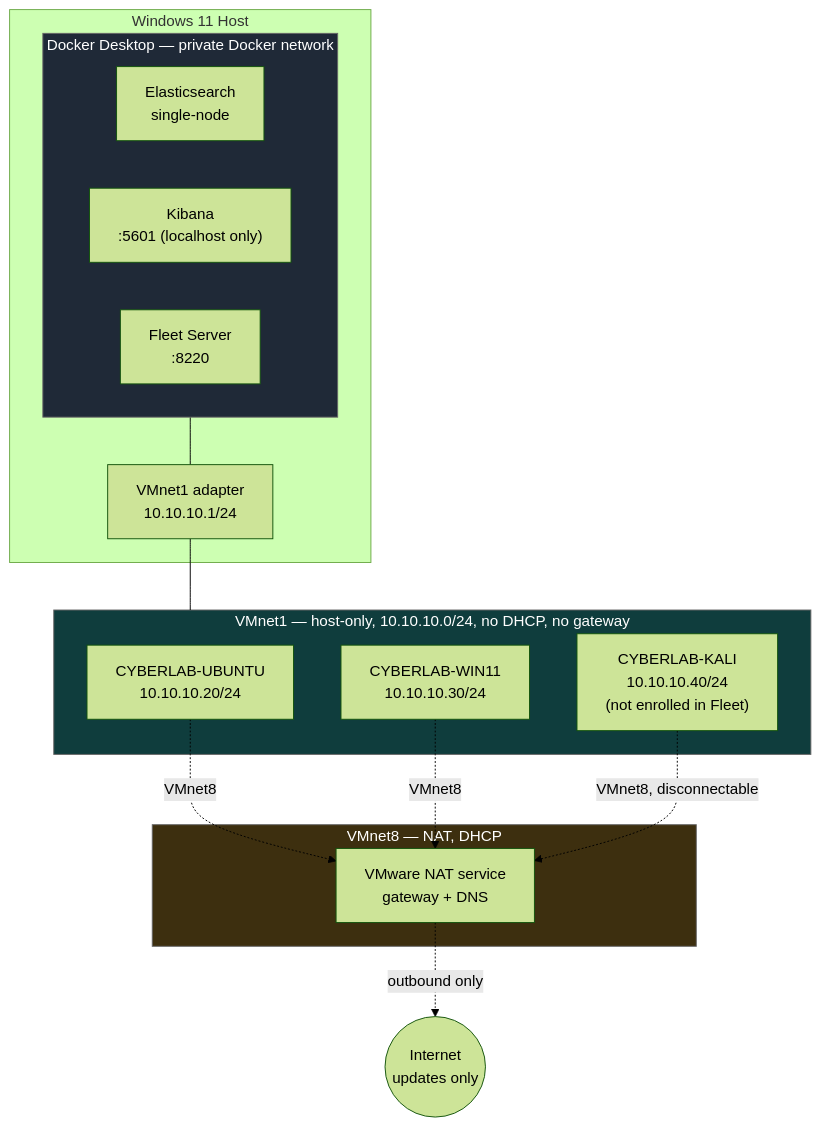
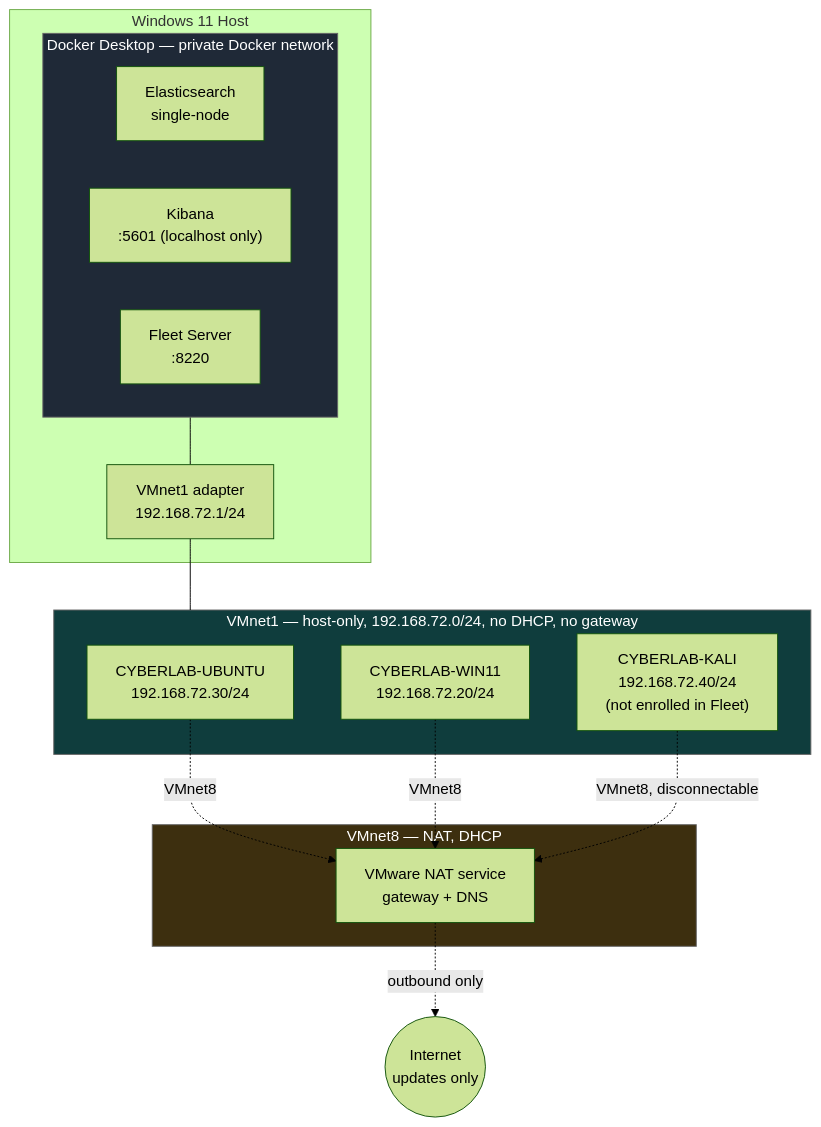
One commit to K1DB00/home-siem changed the first of 2 diagrams in docs/architecture/02-network-topology.md. Above: the diagram before and after it, drawn with Mermaid (forest theme). The commit also changed other lines of this file and 6 other files, not shown here.

Commit message:
Update architecture after Windows implementation

````diff
--- a/docs/architecture/02-network-topology.md
+++ b/docs/architecture/02-network-topology.md
@@ -86,35 +90,35 @@
 ```mermaid
 graph TB
     subgraph HOST["Windows 11 Host"]
         subgraph DOCKER["Docker Desktop — private Docker network"]
             ES["Elasticsearch\nsingle-node"]
             KB["Kibana\n:5601 (localhost only)"]
             FS["Fleet Server\n:8220"]
         end
-        VMNET1IF["VMnet1 adapter\n10.10.10.1/24"]
+        VMNET1IF["VMnet1 adapter\n192.168.72.1/24"]
     end
 
-    subgraph VMNET1["VMnet1 — host-only, 10.10.10.0/24, no DHCP, no gateway"]
-        UB["CYBERLAB-UBUNTU\n10.10.10.20/24"]
-        WIN["CYBERLAB-WIN11\n10.10.10.30/24"]
-        KALI["CYBERLAB-KALI\n10.10.10.40/24\n(not enrolled in Fleet)"]
+    subgraph VMNET1["VMnet1 — host-only, 192.168.72.0/24, no DHCP, no gateway"]
+        UB["CYBERLAB-UBUNTU\n192.168.72.30/24"]
+        WIN["CYBERLAB-WIN11\n192.168.72.20/24"]
+        KALI["CYBERLAB-KALI\n192.168.72.40/24\n(not enrolled in Fleet)"]
     end
 
     subgraph VMNET8["VMnet8 — NAT, DHCP"]
         NAT["VMware NAT service\ngateway + DNS"]
     end
 
     INET(("Internet\nupdates only"))
 
     VMNET1IF --- VMNET1
     DOCKER --- VMNET1IF
 
     UB -. VMnet8 .-> NAT
     WIN -. VMnet8 .-> NAT
     KALI -. VMnet8, disconnectable .-> NAT
     NAT -. outbound only .-> INET
 
     style DOCKER fill:#1f2937,color:#fff,stroke:#666
     style VMNET1 fill:#0f3d3d,color:#fff,stroke:#666
     style VMNET8 fill:#3d2f0f,color:#fff,stroke:#666
 ```
````
